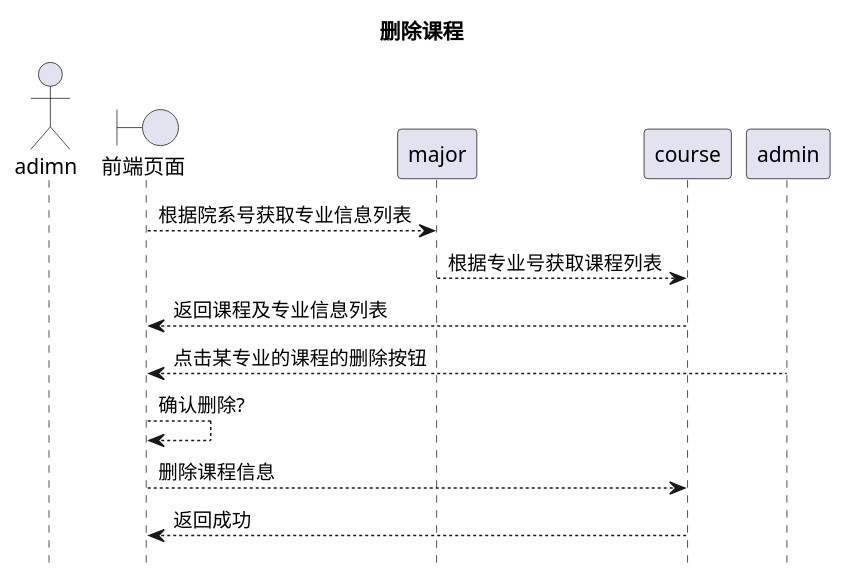
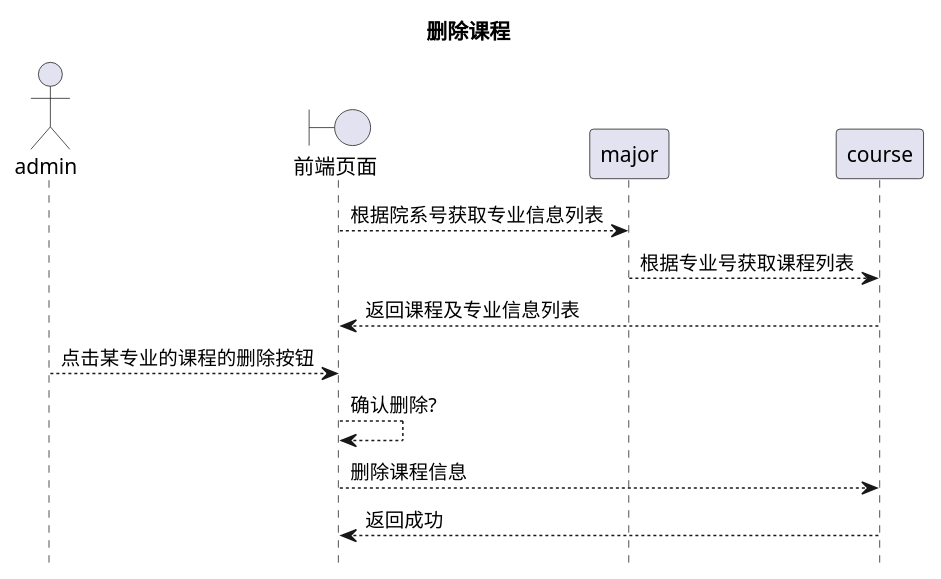
Diagram 13 of 16 in test6/sequence.pu (201610414130/is_analysis-4), drawn with PlantUML before and after one commit. The commit also changed other lines of this file and 7 other files, not shown here.

```diff
--- a/test6/sequence.pu
+++ b/test6/sequence.pu
@@ -202,13 +202,13 @@
 @startuml 删除课程
 title 删除课程
 hide footbox
-actor adimn
+actor admin
 boundary 前端页面
 前端页面 --> major: 根据院系号获取专业信息列表
 major --> course: 根据专业号获取课程列表
 course --> 前端页面: 返回课程及专业信息列表
 admin --> 前端页面: 点击某专业的课程的删除按钮
 前端页面 --> 前端页面: 确认删除?
 前端页面 --> course: 删除课程信息
 course --> 前端页面: 返回成功
 @enduml
```
